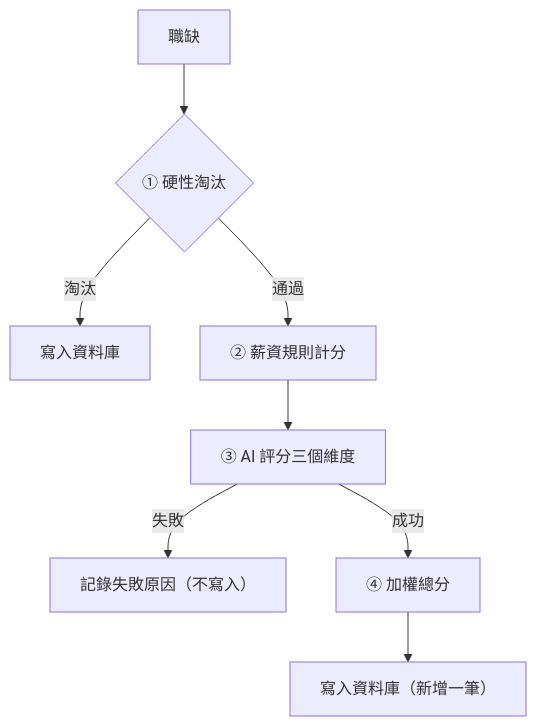
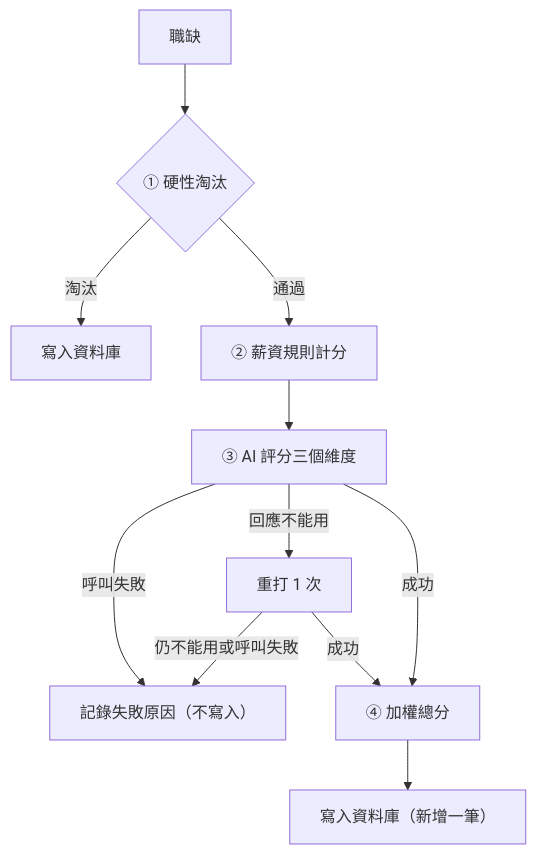
Before and after one commit to dlhdb/job-matching: the second of 2 diagrams in docs/product/features/job-auto-scoring.md, drawn with Mermaid. The commit also changed other lines of this file and 1 other file, not shown here.

````diff
--- a/docs/product/features/job-auto-scoring.md
+++ b/docs/product/features/job-auto-scoring.md
@@ -325,10 +342,13 @@
 ```mermaid
 flowchart TD
     J[職缺] --> F{① 硬性淘汰}
     F -->|淘汰| W1["寫入資料庫"]
     F -->|通過| S["② 薪資規則計分"]
     S --> A["③ AI 評分三個維度"]
-    A -->|失敗| E["記錄失敗原因（不寫入）"]
+    A -->|呼叫失敗| E["記錄失敗原因（不寫入）"]
+    A -->|回應不能用| R["重打 1 次"]
+    R -->|仍不能用或呼叫失敗| E
+    R -->|成功| T
     A -->|成功| T["④ 加權總分"]
     T --> W2["寫入資料庫（新增一筆）"]
 ```
````
